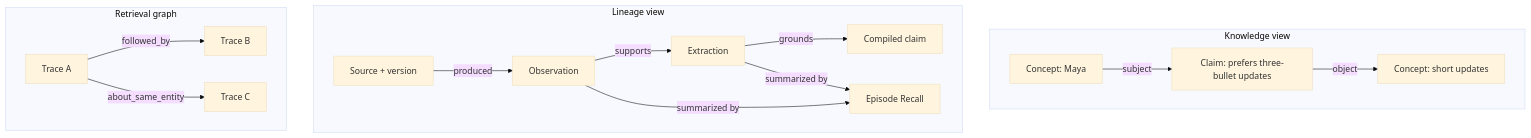
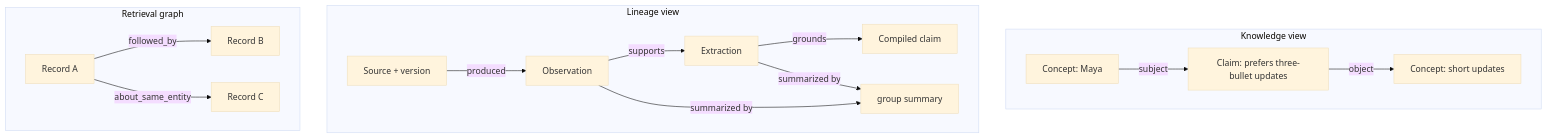
One commit to shanmukh05/trisynapse-memory changed diagram 12 of 13 in docs/architecture.md. Above: the diagram before and after it, drawn with Mermaid (base theme). The commit also changed other lines of this file and 67 other files, not shown here.

````diff
--- a/docs/architecture.md
+++ b/docs/architecture.md
@@ -573,20 +594,20 @@
 ```mermaid
 flowchart TD
     subgraph K["Knowledge view"]
         KC1["Concept: Maya"] -->|"subject"| KCL["Claim: prefers three-bullet updates"]
         KCL -->|"object"| KC2["Concept: short updates"]
     end
 
     subgraph L["Lineage view"]
         LS["Source + version"] -->|"produced"| LO["Observation"]
         LO -->|"supports"| LE["Extraction"]
         LE -->|"grounds"| LC["Compiled claim"]
-        LO -->|"summarized by"| LR["Episode Recall"]
+        LO -->|"summarized by"| LR["group summary"]
         LE -->|"summarized by"| LR
     end
 
     subgraph R["Retrieval graph"]
-        RT1["Trace A"] -->|"followed_by"| RT2["Trace B"]
-        RT1 -->|"about_same_entity"| RT3["Trace C"]
+        RT1["Record A"] -->|"followed_by"| RT2["Record B"]
+        RT1 -->|"about_same_entity"| RT3["Record C"]
     end
 ```
````
